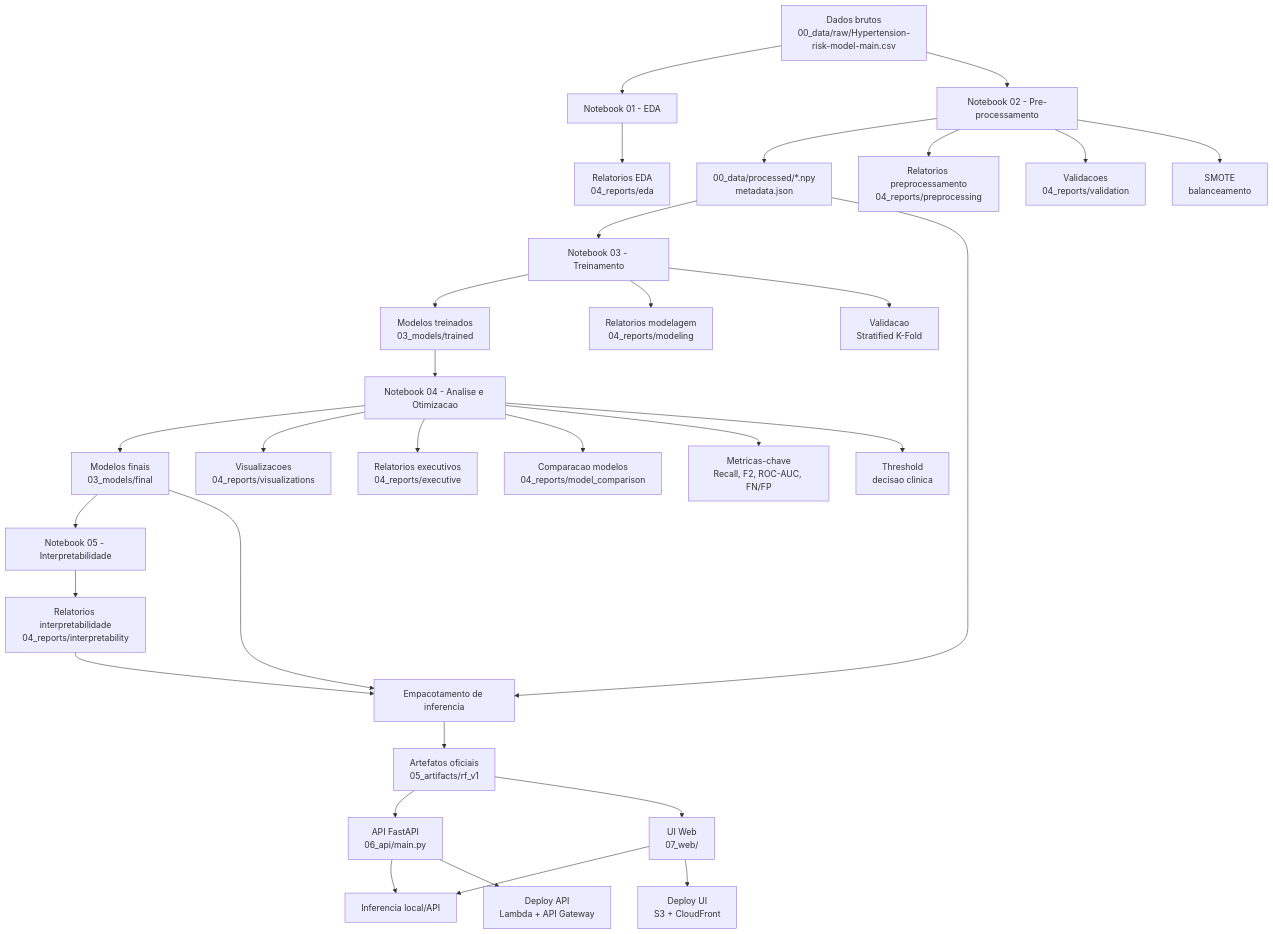
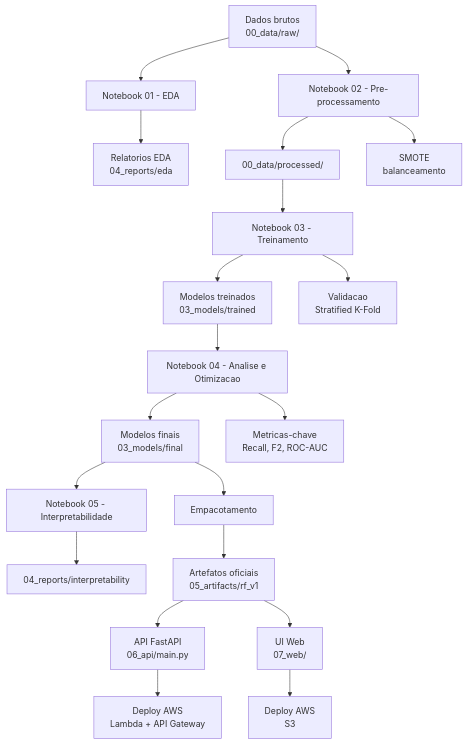
The diagram in README.md (anderson-ferreira-83/Hyperten_ML), drawn with Mermaid before and after one commit. The commit also changed other lines of this file and 26 other files, not shown here.

````diff
--- a/README.md
+++ b/README.md
@@ -286,38 +276,27 @@
 ```mermaid
 flowchart TB
-  A[Dados brutos<br/>00_data/raw/Hypertension-risk-model-main.csv] --> B[Notebook 01 - EDA]
+  A[Dados brutos<br/>00_data/raw/] --> B[Notebook 01 - EDA]
   B --> R1[Relatorios EDA<br/>04_reports/eda]
   A --> C[Notebook 02 - Pre-processamento]
-  C --> D[00_data/processed/*.npy<br/>metadata.json]
-  C --> R2[Relatorios preprocessamento<br/>04_reports/preprocessing]
-  C --> R3[Validacoes<br/>04_reports/validation]
+  C --> D[00_data/processed/]
   C --> O[SMOTE<br/>balanceamento]
 
   D --> E[Notebook 03 - Treinamento]
   E --> M1[Modelos treinados<br/>03_models/trained]
-  E --> R4[Relatorios modelagem<br/>04_reports/modeling]
   E --> P[Validacao<br/>Stratified K-Fold]
 
   M1 --> F[Notebook 04 - Analise e Otimizacao]
   F --> M2[Modelos finais<br/>03_models/final]
-  F --> R5[Visualizacoes<br/>04_reports/visualizations]
-  F --> R6[Relatorios executivos<br/>04_reports/executive]
-  F --> R7[Comparacao modelos<br/>04_reports/model_comparison]
-  F --> Q[Metricas-chave<br/>Recall, F2, ROC-AUC, FN/FP]
+  F --> Q[Metricas-chave<br/>Recall, F2, ROC-AUC]
 
   M2 --> G[Notebook 05 - Interpretabilidade]
-  G --> R8[Relatorios interpretabilidade<br/>04_reports/interpretability]
+  G --> R8[04_reports/interpretability]
 
-  M2 --> H[Empacotamento de inferencia]
-  D --> H
-  R8 --> H
+  M2 --> H[Empacotamento]
   H --> I[Artefatos oficiais<br/>05_artifacts/rf_v1]
 
   I --> J[API FastAPI<br/>06_api/main.py]
   I --> K[UI Web<br/>07_web/]
-  J --> L[Inferencia local/API]
-  K --> L
-  J --> M[Deploy API<br/>Lambda + API Gateway]
-  K --> N[Deploy UI<br/>S3 + CloudFront]
-  F --> R[Threshold<br/>decisao clinica]
+  J --> L[Deploy AWS<br/>Lambda + API Gateway]
+  K --> N[Deploy AWS<br/>S3]
 ```
````
